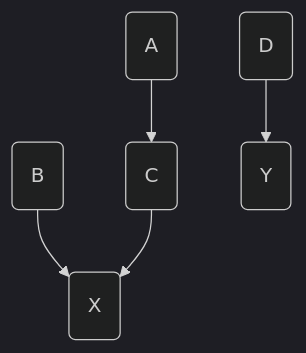
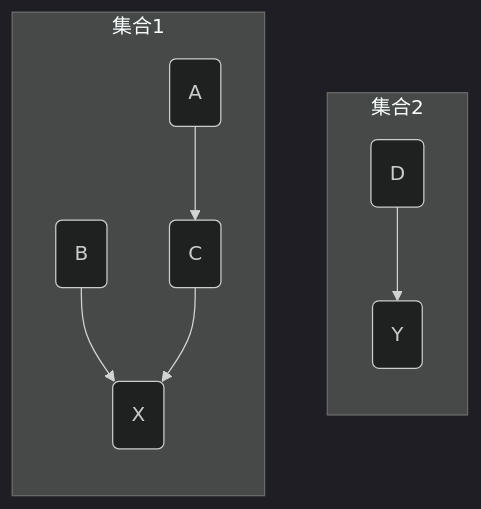
One commit to dmjcb/SelfBlog changed the second of 6 diagrams in DataStructures/Graph/并查集与最小生成树.md. Above: the diagram before and after it, drawn with Mermaid (dark theme). The commit also changed other lines of this file and 15 other files, not shown here.

````diff
--- a/DataStructures/Graph/并查集与最小生成树.md
+++ b/DataStructures/Graph/并查集与最小生成树.md
@@ -34,8 +34,12 @@
 ```mermaid
-graph TB;
-    a(A)-->c(C)
-    b(B)-->x(X)
-    c(C)-->x(X)
+graph BT;
+    subgraph 集合2
+        d(D)-->y(Y)
+    end
 
-    d(D)-->y(Y)
+    subgraph 集合1
+        a(A)-->c(C)
+        b(B)-->x(X)
+        c(C)-->x(X)
+    end
 ```
````
